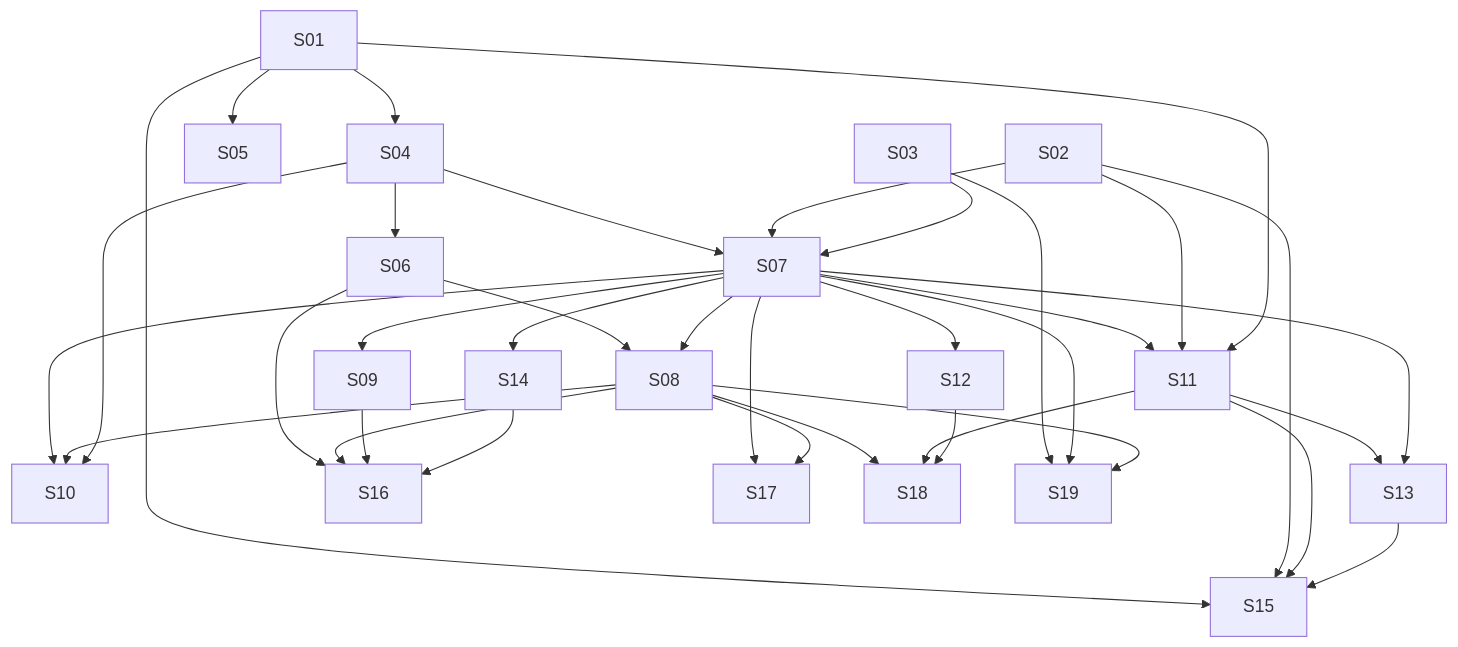
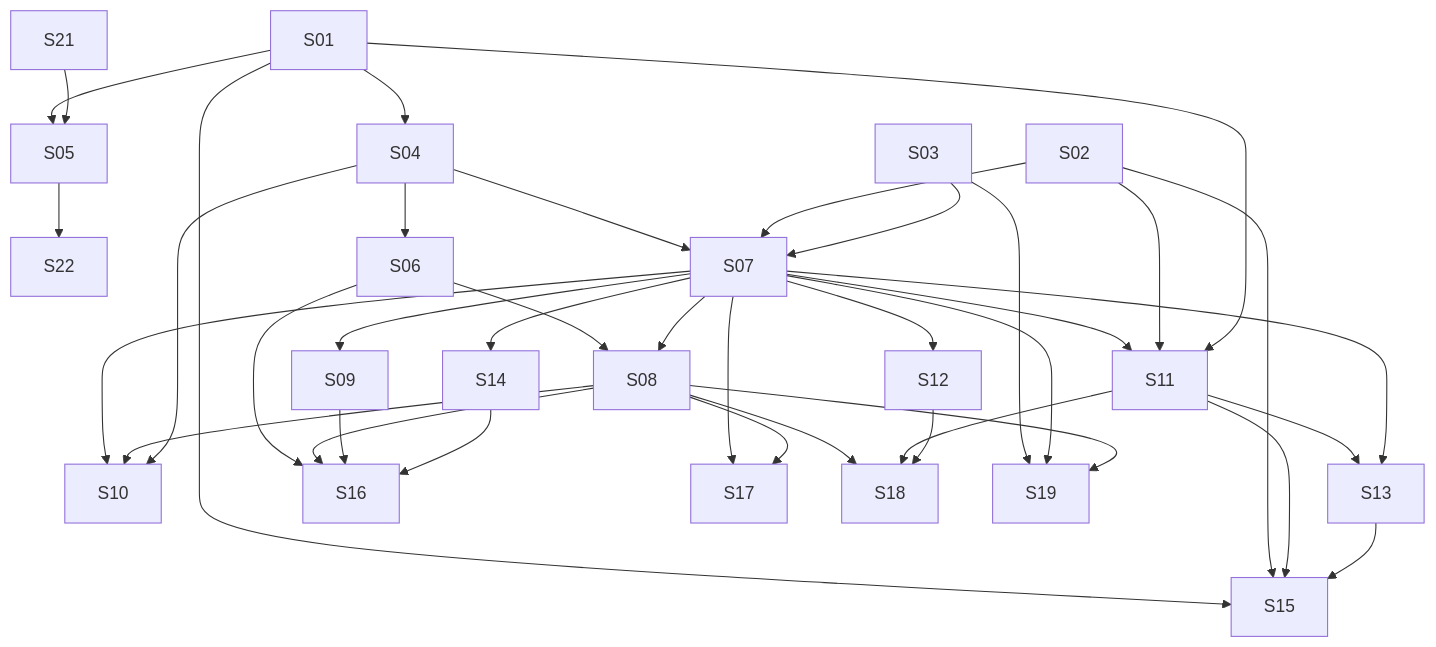
The diagram in plan/M24-MULTIVERTICAL-CLASSES-SESSIONS.md (lmmoreira/ikaro), drawn with Mermaid before and after one commit. The commit also changed other lines of this file and 3 other files, not shown here.

````diff
--- a/plan/M24-MULTIVERTICAL-CLASSES-SESSIONS.md
+++ b/plan/M24-MULTIVERTICAL-CLASSES-SESSIONS.md
@@ -42,38 +44,40 @@
 ```mermaid
 graph TD
   S01 --> S04
   S01 --> S05
+  S21 --> S05
+  S05 --> S22
   S04 --> S06
   S04 --> S07
   S02 --> S07
   S03 --> S07
   S06 --> S08
   S07 --> S08
   S07 --> S09
   S07 --> S10
   S08 --> S10
   S04 --> S10
   S07 --> S11
   S02 --> S11
   S01 --> S11
   S07 --> S12
   S11 --> S13
   S07 --> S13
   S07 --> S14
   S01 --> S15
   S02 --> S15
   S11 --> S15
   S13 --> S15
   S06 --> S16
   S08 --> S16
   S09 --> S16
   S14 --> S16
   S07 --> S17
   S08 --> S17
   S08 --> S18
   S11 --> S18
   S12 --> S18
   S03 --> S19
   S07 --> S19
   S08 --> S19
 ```
````
